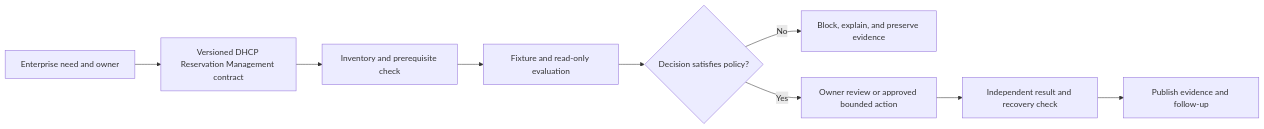
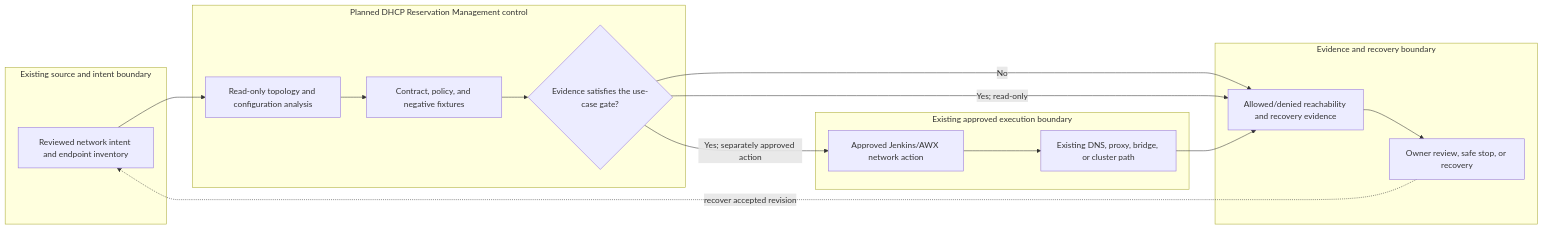
The diagram in docs/use-cases/network/UC-NET-004-dhcp-reservation-management.md (MIDHTECH/enterprise-architecture-docs), drawn with Mermaid before and after one commit. The commit also changed other lines of this file and 227 other files, not shown here.

Commit message:
Deepen architecture for all use case designs

````diff
--- a/docs/use-cases/network/UC-NET-004-dhcp-reservation-management.md
+++ b/docs/use-cases/network/UC-NET-004-dhcp-reservation-management.md
@@ -136,11 +129,25 @@
 ```mermaid
 flowchart LR
-    Need["Enterprise need and owner"] --> Contract["Versioned DHCP Reservation Management contract"]
-    Contract --> Preflight["Inventory and prerequisite check"]
-    Preflight --> Evaluate["Fixture and read-only evaluation"]
-    Evaluate --> Decision{"Decision satisfies policy?"}
-    Decision -->|No| Stop["Block, explain, and preserve evidence"]
-    Decision -->|Yes| Review["Owner review or approved bounded action"]
-    Review --> Verify["Independent result and recovery check"]
-    Verify --> Publish["Publish evidence and follow-up"]
+    subgraph Source["Existing source and intent boundary"]
+        A["Reviewed network intent and endpoint inventory"]
+    end
+    subgraph Planned["Planned DHCP Reservation Management control"]
+        B["Read-only topology and configuration analysis"]
+        C["Contract, policy, and negative fixtures"]
+        D{"Evidence satisfies the use-case gate?"}
+    end
+    subgraph Runtime["Existing approved execution boundary"]
+        E["Approved Jenkins/AWX network action"]
+        F["Existing DNS, proxy, bridge, or cluster path"]
+    end
+    subgraph Assurance["Evidence and recovery boundary"]
+        G["Allowed/denied reachability and recovery evidence"]
+        H["Owner review, safe stop, or recovery"]
+    end
+
+    A --> B --> C --> D
+    D -->|No| G --> H
+    D -->|Yes; read-only| G
+    D -->|Yes; separately approved action| E --> F --> G
+    H -. recover accepted revision .-> A
 ```
````
